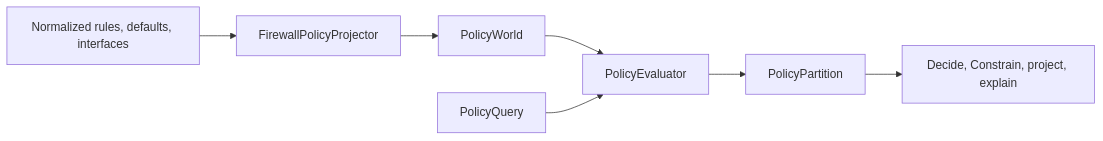
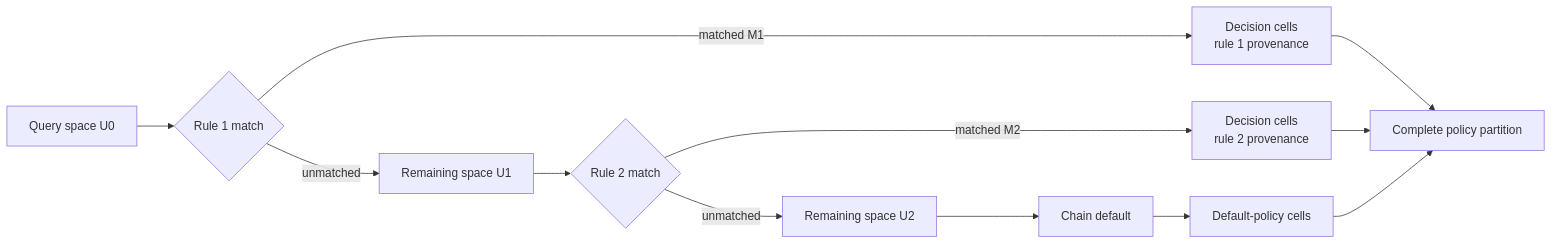
Before and after one commit to frederik-hoeft/ufw-webui: the diagram in docs/architecture/domain.md, drawn with Mermaid. The commit also changed other lines of this file and 25 other files, not shown here.

````diff
--- a/docs/architecture/domain.md
+++ b/docs/architecture/domain.md
@@ -111,17 +56,24 @@
 ```mermaid
 flowchart LR
-    Snapshot[Normalized rules, defaults, interfaces]
-    Projector[FirewallPolicyProjector]
-    World[PolicyWorld]
-    Query[PolicyQuery]
-    Evaluator[PolicyEvaluator]
-    Partition[PolicyPartition]
-    Later[Decide, Constrain, project, explain]
+    Query[Query space U0]
+    R1{Rule 1 match}
+    C1[Decision cells\nrule 1 provenance]
+    U1[Remaining space U1]
+    R2{Rule 2 match}
+    C2[Decision cells\nrule 2 provenance]
+    U2[Remaining space U2]
+    Default[Chain default]
+    CD[Default-policy cells]
+    Partition[Complete policy partition]
 
-    Snapshot --> Projector
-    Projector --> World
-    World --> Evaluator
-    Query --> Evaluator
-    Evaluator --> Partition
-    Partition --> Later
+    Query --> R1
+    R1 -->|matched M1| C1
+    R1 -->|unmatched| U1
+    U1 --> R2
+    R2 -->|matched M2| C2
+    R2 -->|unmatched| U2
+    U2 --> Default --> CD
+    C1 --> Partition
+    C2 --> Partition
+    CD --> Partition
 ```
````
